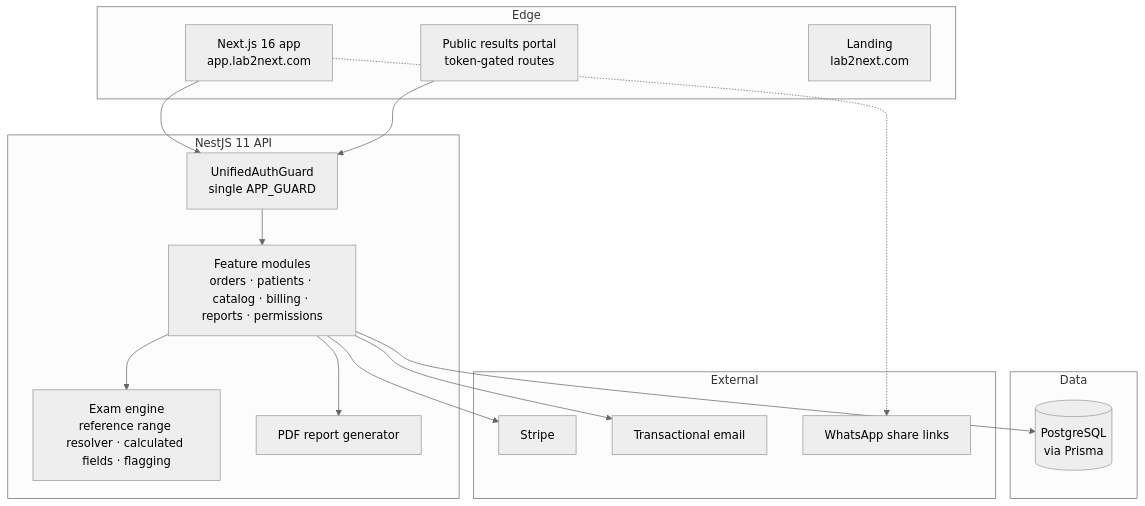
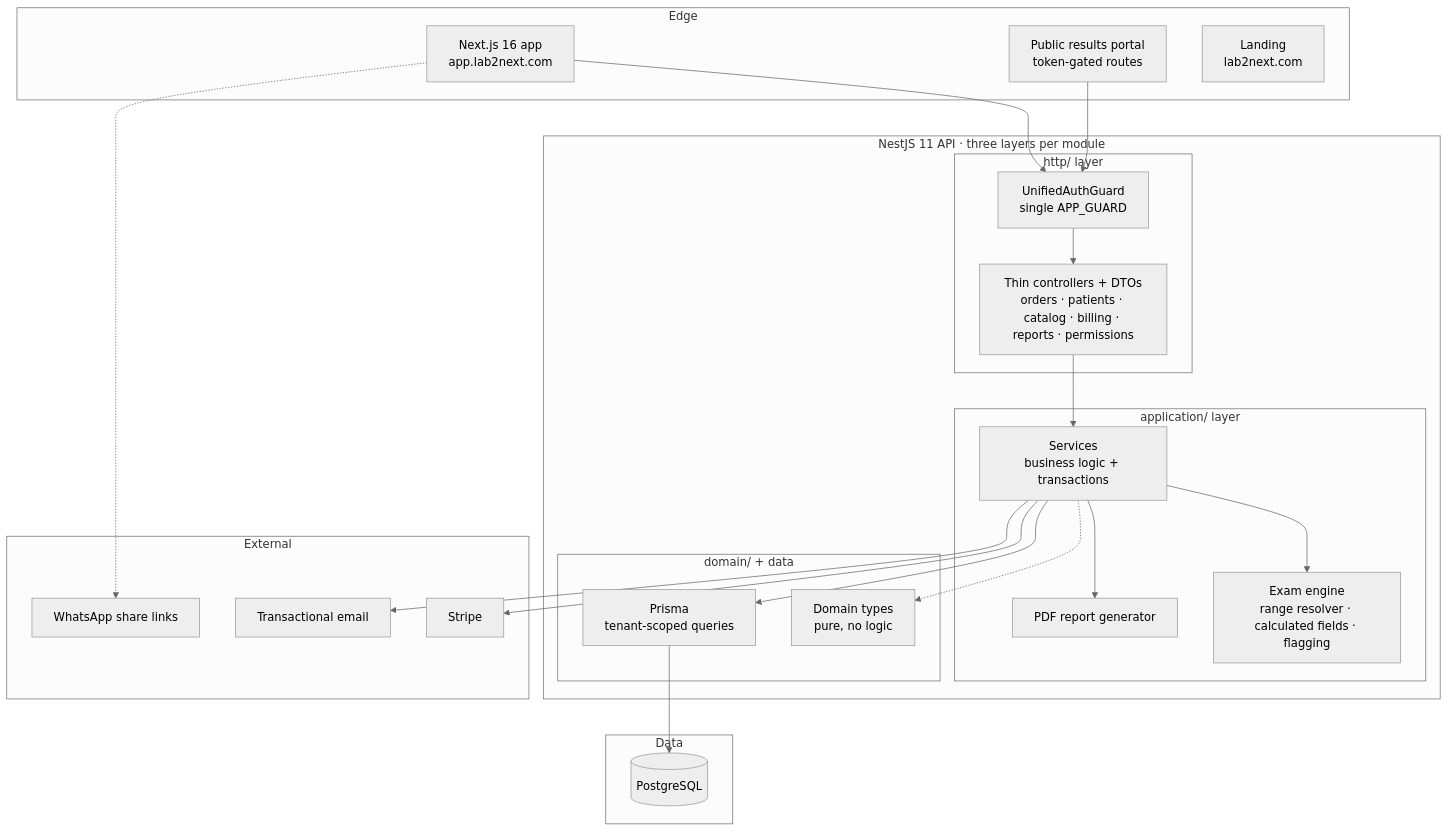
The first of 4 diagrams in docs/architecture.md (SpidySamurai/lab2next-showcase), drawn with Mermaid before and after one commit. The commit also changed other lines of this file and 2 other files, not shown here.

Commit message:
Diagrams show the three module layers; super admin reframed as platform scope
- README and architecture overview: http/ application/ domain+data
  subgraphs per Clean Architecture Light (ADR-010)
- Guard chain: super-admin bypass node removed; platform-scope roles
  explained as non-tenants resolved by the same policy evaluation

````diff
--- a/docs/architecture.md
+++ b/docs/architecture.md
@@ -7,36 +7,46 @@
 ```mermaid
 %%{init: {'theme': 'neutral'}}%%
 flowchart TB
     subgraph Edge
         APP[Next.js 16 app<br/>app.lab2next.com]
         PORTAL[Public results portal<br/>token-gated routes]
         LAND[Landing<br/>lab2next.com]
     end
 
-    subgraph API [NestJS 11 API]
-        GUARD[UnifiedAuthGuard<br/>single APP_GUARD]
-        MODS[Feature modules<br/>orders · patients · catalog · billing · reports · permissions]
-        ENGINE[Exam engine<br/>reference range resolver · calculated fields · flagging]
-        PDF[PDF report generator]
+    subgraph API [NestJS 11 API · three layers per module]
+        subgraph HTTPL [http/ layer]
+            GUARD[UnifiedAuthGuard<br/>single APP_GUARD]
+            CTRL[Thin controllers + DTOs<br/>orders · patients · catalog · billing · reports · permissions]
+        end
+        subgraph APPL [application/ layer]
+            SVC[Services<br/>business logic + transactions]
+            ENGINE[Exam engine<br/>range resolver · calculated fields · flagging]
+            PDF[PDF report generator]
+        end
+        subgraph DOML [domain/ + data]
+            TYPES[Domain types<br/>pure, no logic]
+            PRISMA[Prisma<br/>tenant-scoped queries]
+        end
     end
 
     subgraph Data
-        PG[(PostgreSQL<br/>via Prisma)]
+        PG[(PostgreSQL)]
     end
 
     subgraph External
         STRIPE[Stripe]
         MAIL[Transactional email]
         WA[WhatsApp share links]
     end
 
     APP --> GUARD
     PORTAL --> GUARD
-    GUARD --> MODS
-    MODS --> ENGINE
-    MODS --> PDF
-    MODS --> PG
-    MODS --> STRIPE
-    MODS --> MAIL
+    GUARD --> CTRL --> SVC
+    SVC --> ENGINE
+    SVC --> PDF
+    SVC -.-> TYPES
+    SVC --> PRISMA --> PG
+    SVC --> STRIPE
+    SVC --> MAIL
     APP -.-> WA
 ```
````
